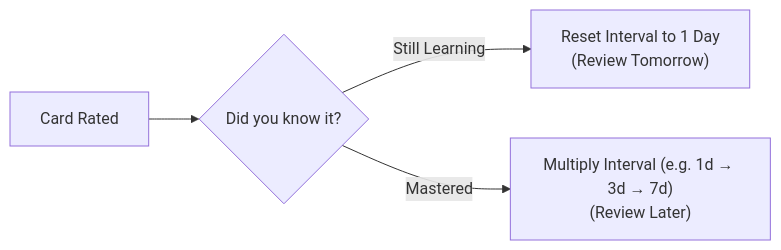
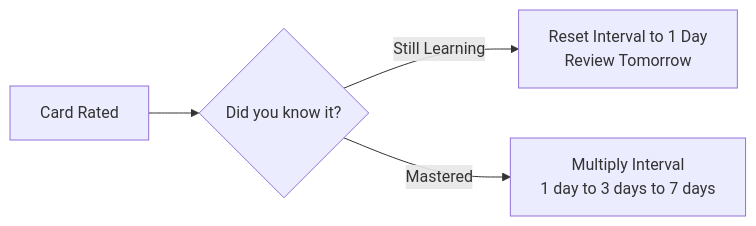
Before and after one commit to Binit08/study_planner: the diagram in docs/modules/planner-sm2.md, drawn with Mermaid. The commit also changed 4 other files, not shown here.

Commit message:
fix diagrams in readme

````diff
--- a/docs/modules/planner-sm2.md
+++ b/docs/modules/planner-sm2.md
@@ -15,6 +15,6 @@
 ```mermaid
 flowchart LR
     Card["Card Rated"] --> Choice{"Did you know it?"}
-    Choice -- "Still Learning" --> Short["Reset Interval to 1 Day<br/>(Review Tomorrow)"]
-    Choice -- "Mastered" --> Long["Multiply Interval (e.g. 1d → 3d → 7d)<br/>(Review Later)"]
+    Choice -->|Still Learning| Short["Reset Interval to 1 Day<br>Review Tomorrow"]
+    Choice -->|Mastered| Long["Multiply Interval<br>1 day to 3 days to 7 days"]
 ```
````
